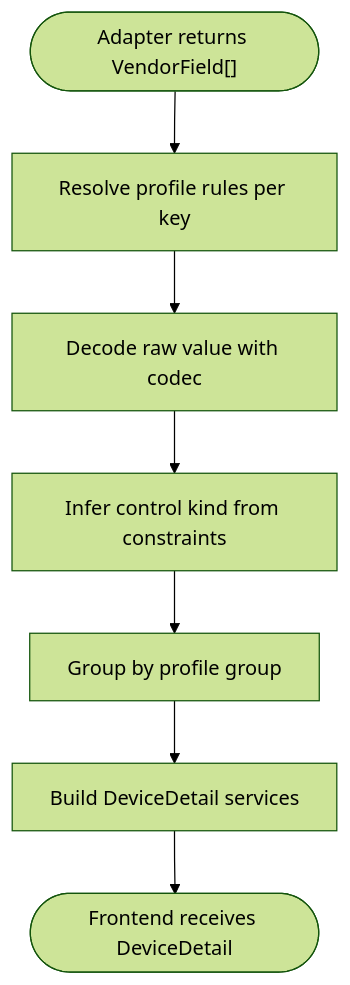
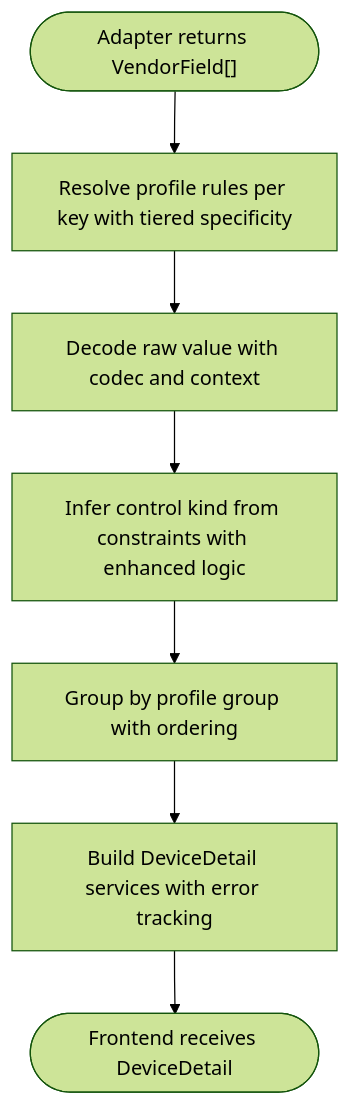
The fourth of 9 diagrams in .qoder/repowiki/en/content/Provider Development/Device Property Mapping.md (dlutwuwei/mihome-web), drawn with Mermaid (forest theme) before and after one commit. The commit also changed other lines of this file and 84 other files, not shown here.

````diff
--- a/.qoder/repowiki/en/content/Provider Development/Device Property Mapping.md
+++ b/.qoder/repowiki/en/content/Provider Development/Device Property Mapping.md
@@ -232,9 +233,9 @@
 ```mermaid
 flowchart TD
-Start(["Adapter returns VendorField[]"]) --> Resolve["Resolve profile rules per key"]
-Resolve --> Decode["Decode raw value with codec"]
-Decode --> Kind["Infer control kind from constraints"]
-Kind --> Group["Group by profile group"]
-Group --> Build["Build DeviceDetail services"]
+Start(["Adapter returns VendorField[]"]) --> Resolve["Resolve profile rules per key with tiered specificity"]
+Resolve --> Decode["Decode raw value with codec and context"]
+Decode --> Kind["Infer control kind from constraints with enhanced logic"]
+Kind --> Group["Group by profile group with ordering"]
+Group --> Build["Build DeviceDetail services with error tracking"]
 Build --> End(["Frontend receives DeviceDetail"])
 ```
````
